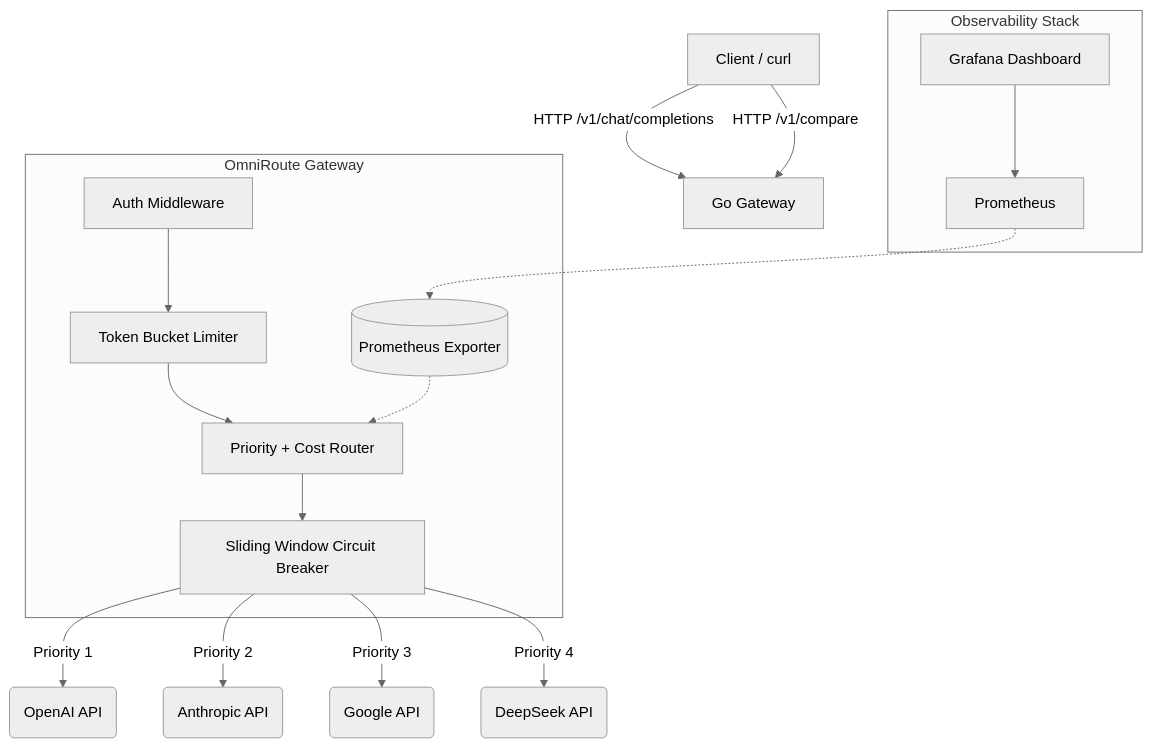
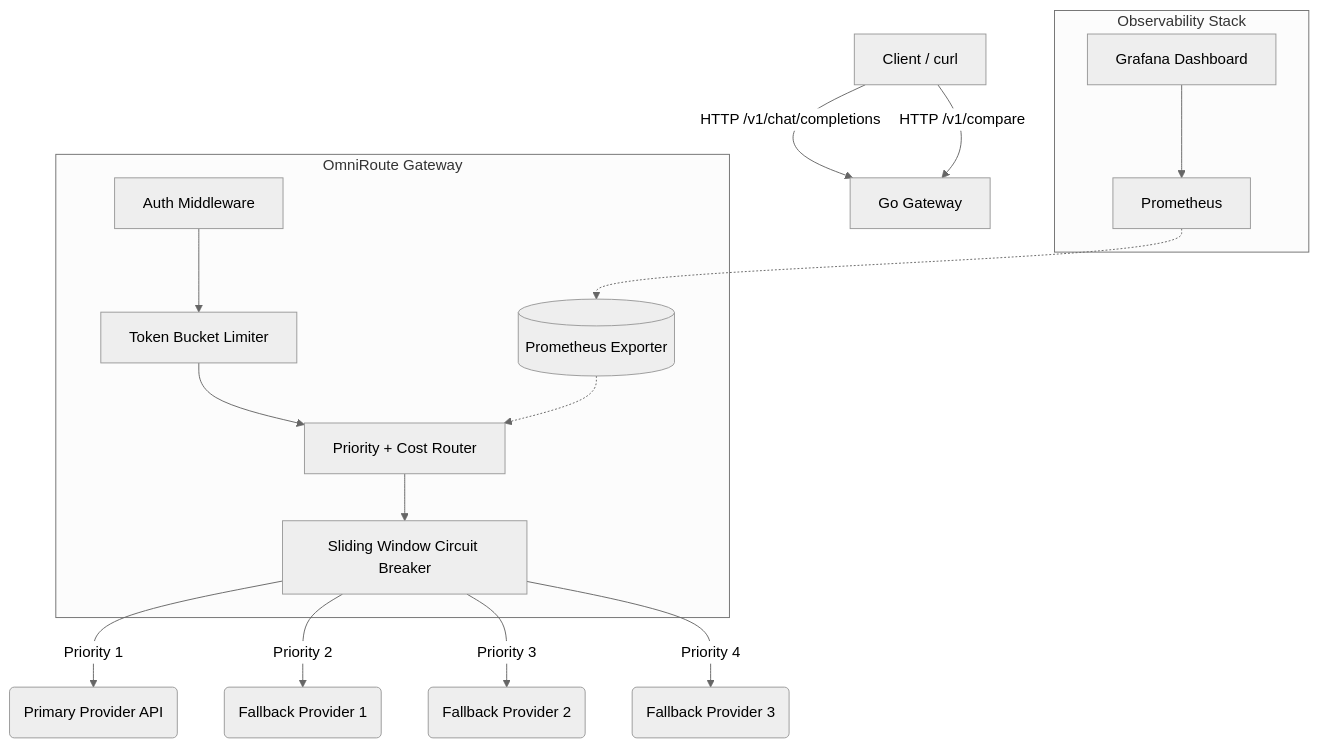
Before and after one commit to nikhilsaxena04/OmniRoute-Multi-Provider-LLM-Gateway: the diagram in README.md, drawn with Mermaid (neutral theme). The commit also changed other lines of this file and 24 other files, not shown here.

````diff
--- a/README.md
+++ b/README.md
@@ -31,23 +31,23 @@
 ```mermaid
 graph TD
     Client[Client / curl] -->|HTTP /v1/chat/completions| GW[Go Gateway]
     Client -->|HTTP /v1/compare| GW
     
     subgraph OmniRoute Gateway
         Auth[Auth Middleware] --> RateLimiter[Token Bucket Limiter]
         RateLimiter --> Router[Priority + Cost Router]
         Router --> CB[Sliding Window Circuit Breaker]
         
         Metrics[(Prometheus Exporter)] -.-> Router
     end
     
-    CB -->|Priority 1| OAI(OpenAI API)
-    CB -->|Priority 2| Claude(Anthropic API)
-    CB -->|Priority 3| Gemini(Google API)
-    CB -->|Priority 4| DeepSeek(DeepSeek API)
+    CB -->|Priority 1| API_1(Primary Provider API)
+    CB -->|Priority 2| API_2(Fallback Provider 1)
+    CB -->|Priority 3| API_3(Fallback Provider 2)
+    CB -->|Priority 4| API_4(Fallback Provider 3)
     
     subgraph Observability Stack
         Prom[Prometheus] -.-> Metrics
         Grafana[Grafana Dashboard] --> Prom
     end
 ```
````
